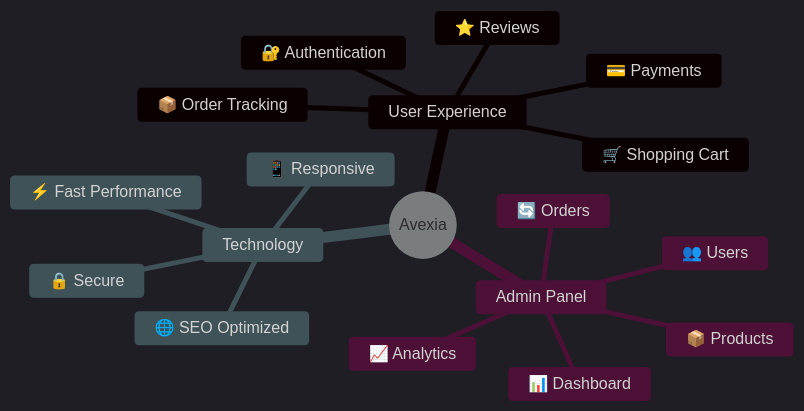
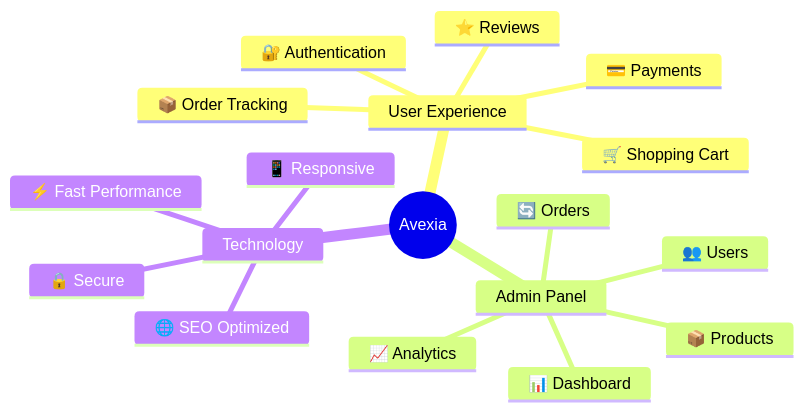
One commit to p-thanks/Avexia changed the first of 5 diagrams in README.md. Above: the diagram before and after it, drawn with Mermaid. The commit also changed other lines of this file, not shown here.

````diff
--- a/README.md
+++ b/README.md
@@ -32,31 +31,21 @@
 ```mermaid
-%%{init: {
-  'theme': 'dark',
-  'themeVariables': {
-    'primaryColor': '#00000000',
-    'lineColor': '#ffffff',
-    'textColor': '#ffffff'
-  }
-}}%%
-
 mindmap
   root((Avexia))
     User Experience
       🔐 Authentication
       🛒 Shopping Cart
       💳 Payments
       📦 Order Tracking
       ⭐ Reviews
     Admin Panel
       📊 Dashboard
       📦 Products
       👥 Users
       🔄 Orders
       📈 Analytics
     Technology
       ⚡ Fast Performance
       🔒 Secure
       📱 Responsive
       🌐 SEO Optimized
-
 ```
````
